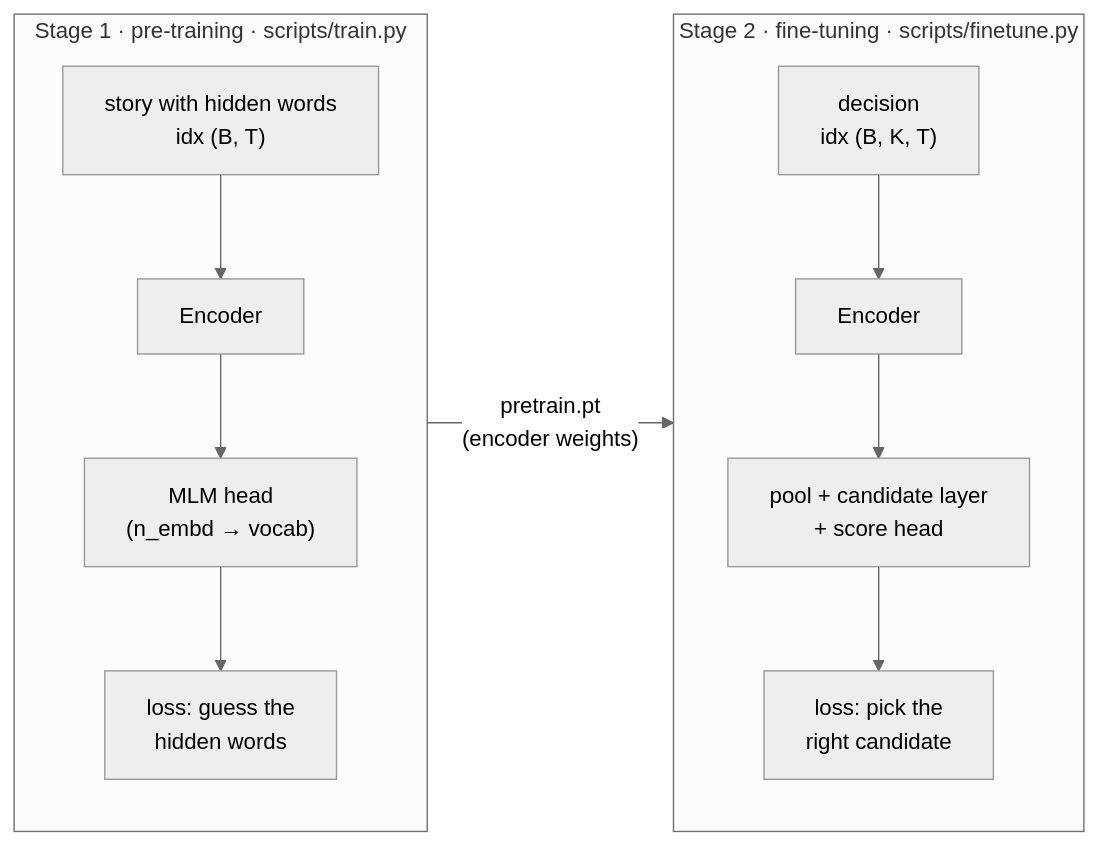
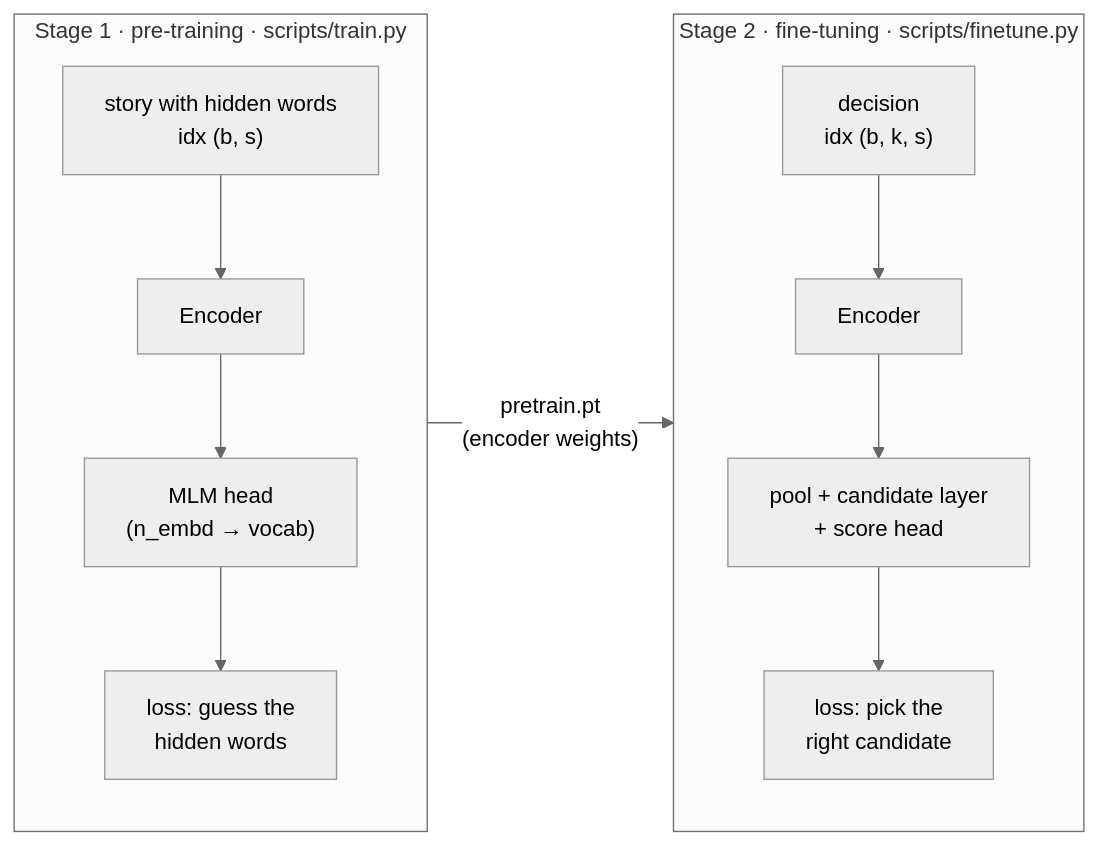
One commit to benisalla/tiny-dlms changed the diagram in docs/05-training.md. Above: the diagram before and after it, drawn with Mermaid (neutral theme). The commit also changed 22 other files, not shown here.

````diff
--- a/docs/05-training.md
+++ b/docs/05-training.md
@@ -7,12 +7,12 @@
 ```mermaid
 flowchart LR
     subgraph S1["Stage 1 · pre-training · scripts/train.py"]
         direction TB
-        A1["story with hidden words<br/>idx (B, T)"] --> A2["Encoder"] --> A3["MLM head<br/>(n_embd → vocab)"] --> A4["loss: guess the<br/>hidden words"]
+        A1["story with hidden words<br/>idx (b, s)"] --> A2["Encoder"] --> A3["MLM head<br/>(n_embd → vocab)"] --> A4["loss: guess the<br/>hidden words"]
     end
     subgraph S2["Stage 2 · fine-tuning · scripts/finetune.py"]
         direction TB
-        B1["decision<br/>idx (B, K, T)"] --> B2["Encoder"] --> B3["pool + candidate layer<br/>+ score head"] --> B4["loss: pick the<br/>right candidate"]
+        B1["decision<br/>idx (b, k, s)"] --> B2["Encoder"] --> B3["pool + candidate layer<br/>+ score head"] --> B4["loss: pick the<br/>right candidate"]
     end
     S1 -- "pretrain.pt<br/>(encoder weights)" --> S2
 ```
````
